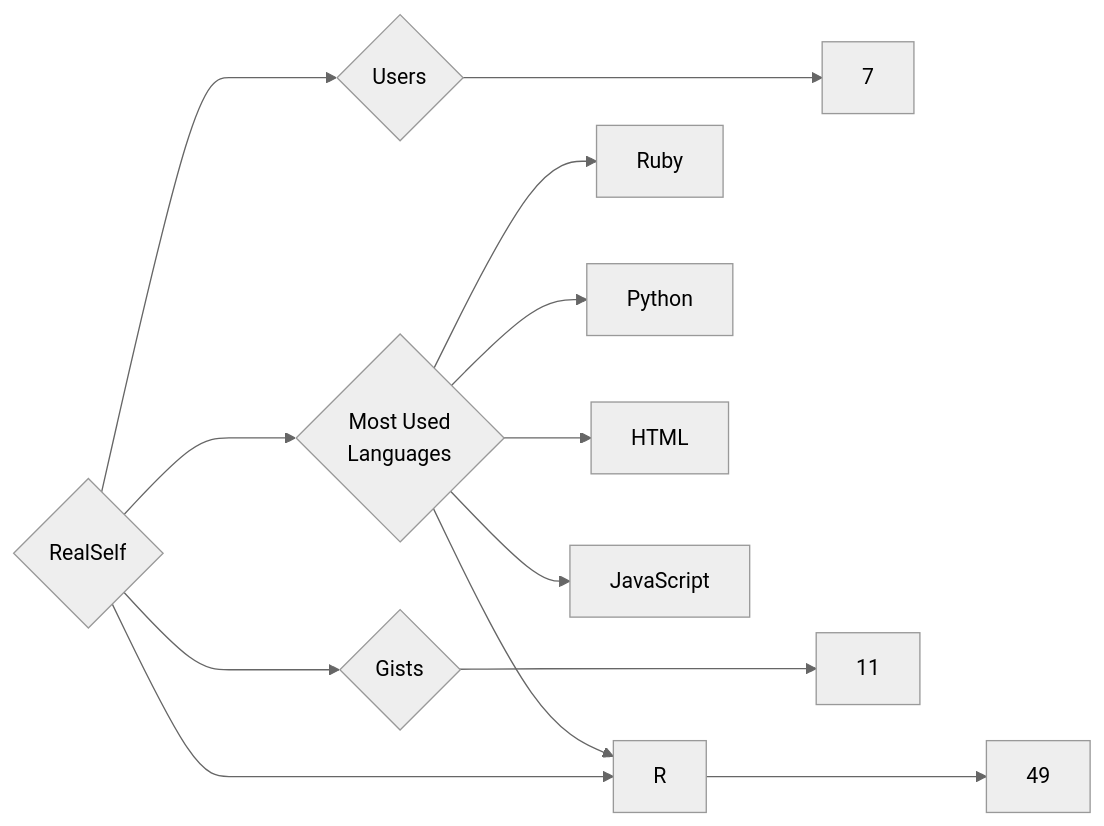
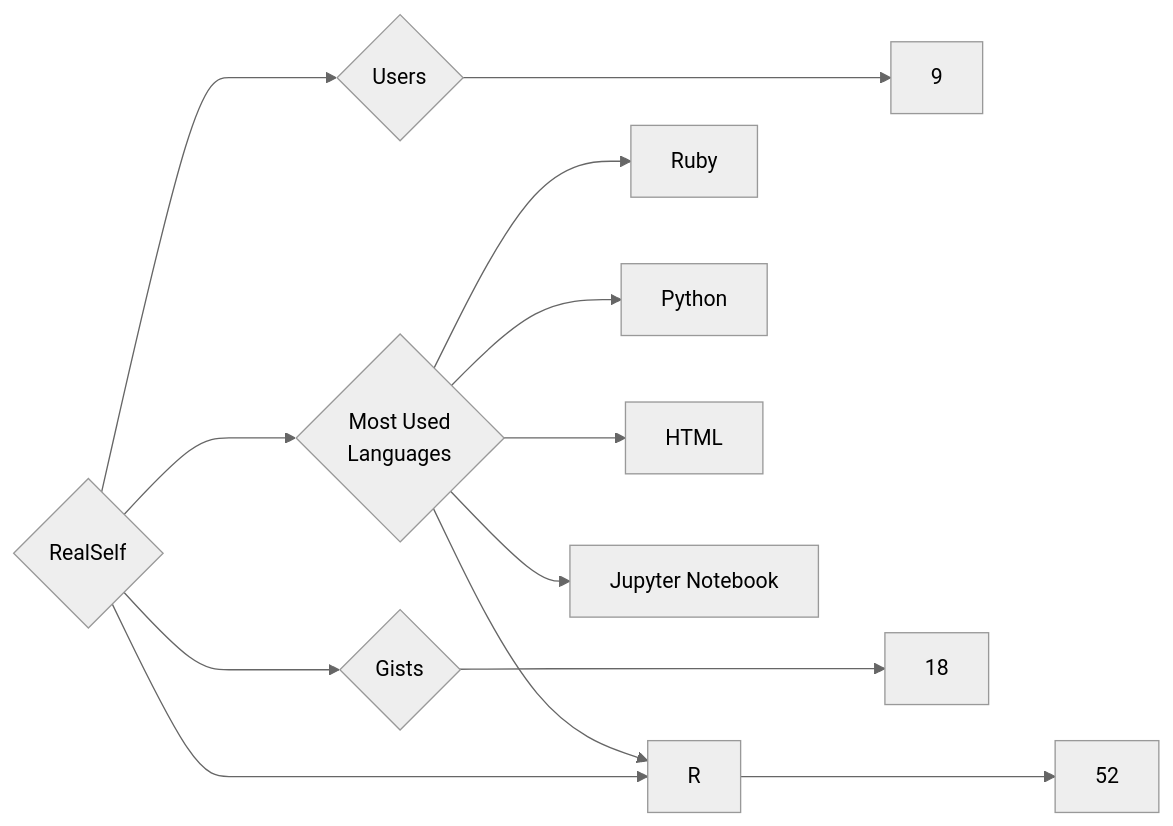
The diagram in targets/RealSelf/README.md (trickest/insiders), drawn with Mermaid (neutral theme) before and after one commit. The commit also changed 870 other files, not shown here.

````diff
--- a/targets/RealSelf/README.md
+++ b/targets/RealSelf/README.md
@@ -3,13 +3,13 @@
 ```mermaid
 graph LR
 COMPANY_NAME{RealSelf}
-COMPANY_NAME ---> U{Users} ---> UN[7]
-COMPANY_NAME ---> R{Repositories} ---> RN[49]
-COMPANY_NAME ---> G{Gists} ---> GN[11]
+COMPANY_NAME ---> U{Users} ---> UN[9]
+COMPANY_NAME ---> R{Repositories} ---> RN[52]
+COMPANY_NAME ---> G{Gists} ---> GN[18]
 COMPANY_NAME ---> ML{Most Used<br>Languages}
 ML --> Ruby[Ruby]
 ML --> Python[Python]
 ML --> HTML[HTML]
-ML --> JavaScript[JavaScript]
 ML --> R[R]
+ML --> Jupyter_Notebook[Jupyter Notebook]
 ```
````
